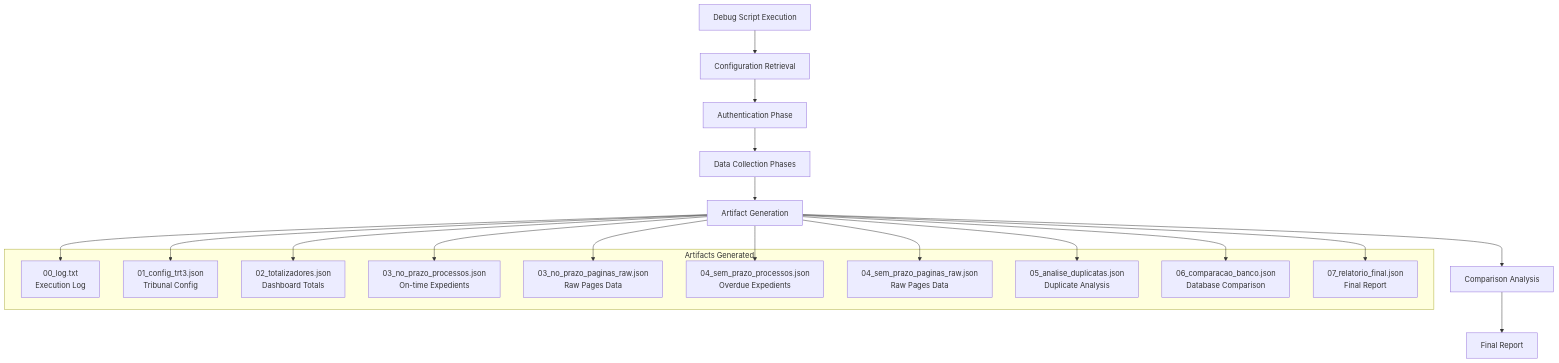
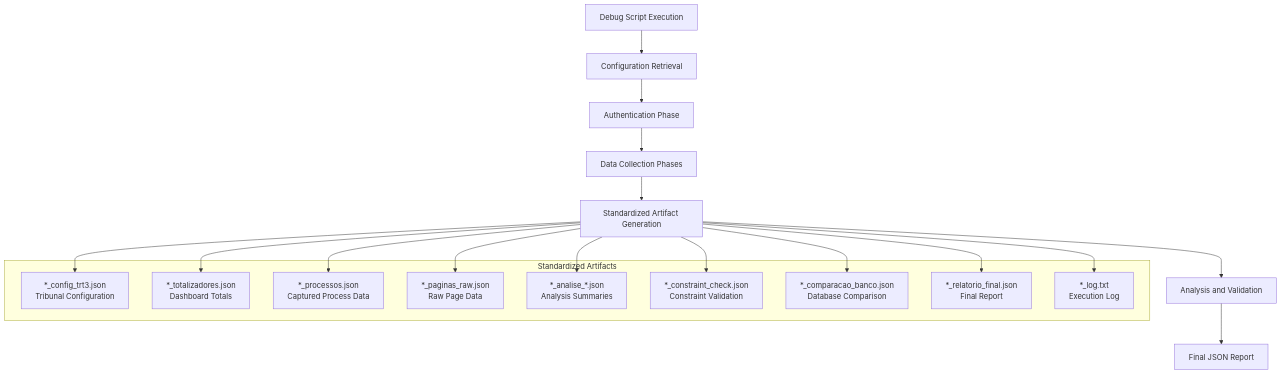
Before and after one commit to SinesysTech/zattar-os: the ninth of 11 diagrams in .qoder/repowiki/en/content/Development Guide/Testing Strategy and Implementation.md, drawn with Mermaid. The commit also changed other lines of this file and 14 other files, not shown here.

````diff
--- a/.qoder/repowiki/en/content/Development Guide/Testing Strategy and Implementation.md
+++ b/.qoder/repowiki/en/content/Development Guide/Testing Strategy and Implementation.md
@@ -414,31 +457,29 @@
 ```mermaid
 flowchart TD
 A["Debug Script Execution"] --> B["Configuration Retrieval"]
 B --> C["Authentication Phase"]
 C --> D["Data Collection Phases"]
-D --> E["Artifact Generation"]
-E --> F["Comparison Analysis"]
-F --> G["Final Report"]
-subgraph "Artifacts Generated"
-E1["00_log.txt<br/>Execution Log"]
-E2["01_config_trt3.json<br/>Tribunal Config"]
-E3["02_totalizadores.json<br/>Dashboard Totals"]
-E4["03_no_prazo_processos.json<br/>On-time Expedients"]
-E5["03_no_prazo_paginas_raw.json<br/>Raw Pages Data"]
-E6["04_sem_prazo_processos.json<br/>Overdue Expedients"]
-E7["04_sem_prazo_paginas_raw.json<br/>Raw Pages Data"]
-E8["05_analise_duplicatas.json<br/>Duplicate Analysis"]
-E9["06_comparacao_banco.json<br/>Database Comparison"]
-E10["07_relatorio_final.json<br/>Final Report"]
+D --> E["Standardized Artifact Generation"]
+E --> F["Analysis and Validation"]
+F --> G["Final JSON Report"]
+subgraph "Standardized Artifacts"
+E1["*_config_trt3.json<br/>Tribunal Configuration"]
+E2["*_totalizadores.json<br/>Dashboard Totals"]
+E3["*_processos.json<br/>Captured Process Data"]
+E4["*_paginas_raw.json<br/>Raw Page Data"]
+E5["*_analise_*.json<br/>Analysis Summaries"]
+E6["*_constraint_check.json<br/>Constraint Validation"]
+E7["*_comparacao_banco.json<br/>Database Comparison"]
+E8["*_relatorio_final.json<br/>Final Report"]
+E9["*_log.txt<br/>Execution Log"]
 end
 E --> E1
 E --> E2
 E --> E3
 E --> E4
 E --> E5
 E --> E6
 E --> E7
 E --> E8
 E --> E9
-E --> E10
 ```
````
